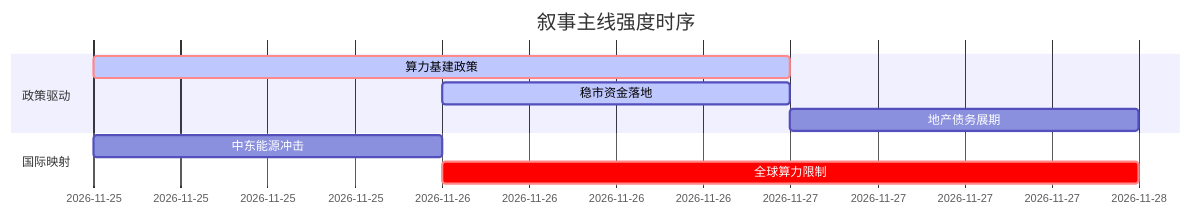
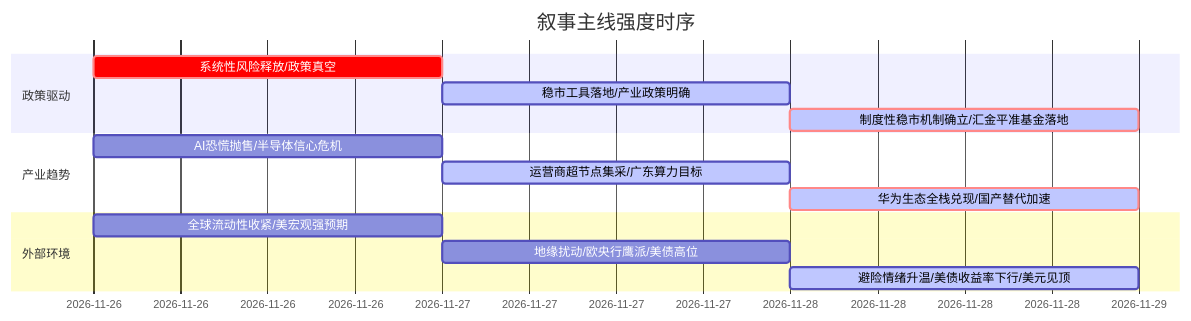
Before and after one commit to uu5zn/uu5zn.github.io: the diagram in 5day_report.md, drawn with Mermaid. The commit also changed other lines of this file and 24 other files, not shown here.

````diff
--- a/5day_report.md
+++ b/5day_report.md
@@ -59,13 +56,19 @@
 ```mermaid
 gantt
     title 叙事主线强度时序
     dateFormat  YYYY-MM-DD
     section 政策驱动
-    算力基建政策   :crit, active, 2026-11-25, 2d
-    稳市资金落地   :active, 2026-11-26, 1d
-    地产债务展期   :2026-11-27, 1d
+    系统性风险释放/政策真空   :crit, 2026-11-26, 1d
+    稳市工具落地/产业政策明确   :active, 2026-11-27, 1d
+    制度性稳市机制确立/汇金平准基金落地 :crit, active, 2026-11-28, 1d
     
-    section 国际映射
-    中东能源冲击   :2026-11-25, 1d
-    全球算力限制   :crit, 2026-11-26, 2d
+    section 产业趋势
+    AI恐慌抛售/半导体信心危机   :2026-11-26, 1d
+    运营商超节点集采/广东算力目标 :active, 2026-11-27, 1d
+    华为生态全栈兑现/国产替代加速 :crit, active, 2026-11-28, 1d
+    
+    section 外部环境
+    全球流动性收紧/美宏观强预期   :2026-11-26, 1d
+    地缘扰动/欧央行鹰派/美债高位   :2026-11-27, 1d
+    避险情绪升温/美债收益率下行/美元见顶 :active, 2026-11-28, 1d
 ```
````
